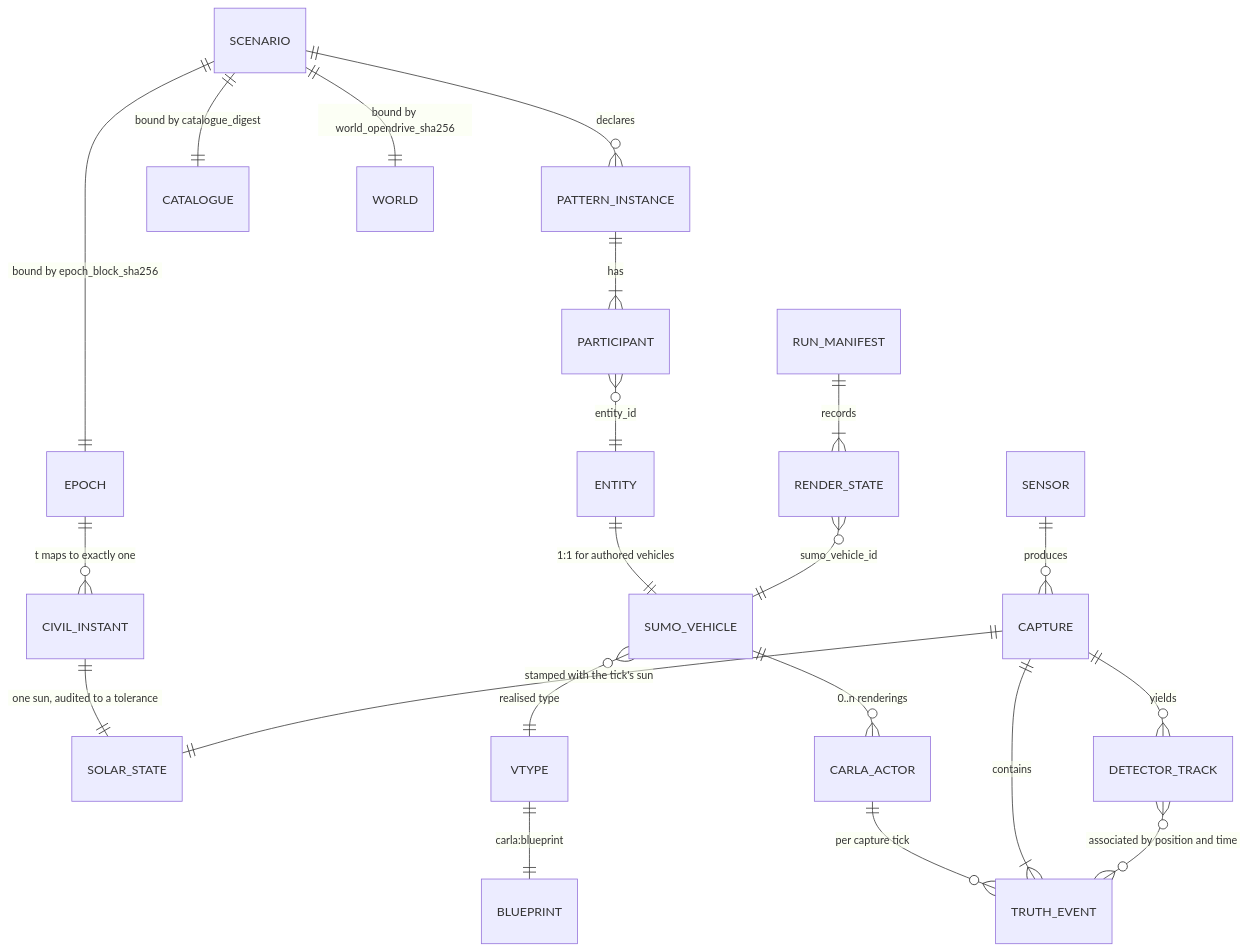
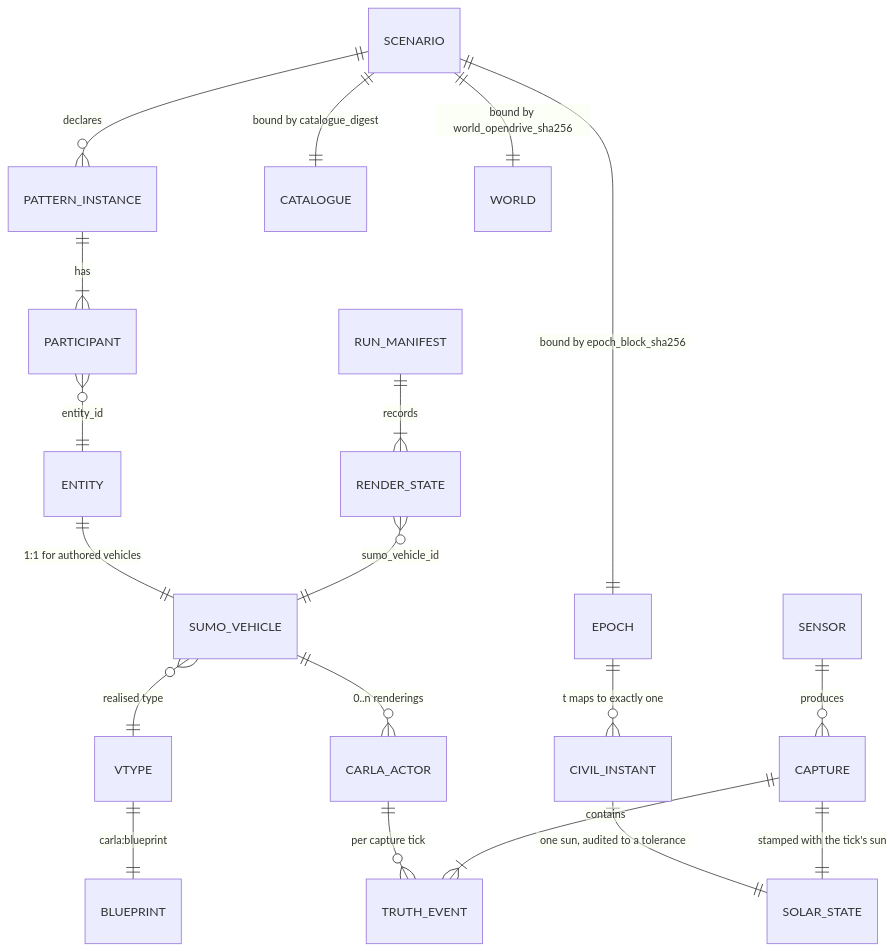
The second of 7 diagrams in Docs/CAT_Research/Plans/SUMO_Behavioral_Capture/04_Contracts.md (sbrett9/carla), drawn with Mermaid before and after one commit. The commit also changed other lines of this file and 5 other files, not shown here.

````diff
--- a/Docs/CAT_Research/Plans/SUMO_Behavioral_Capture/04_Contracts.md
+++ b/Docs/CAT_Research/Plans/SUMO_Behavioral_Capture/04_Contracts.md
@@ -1498,23 +1543,21 @@
 ```mermaid
 erDiagram
   SCENARIO ||--o{ PATTERN_INSTANCE : declares
   SCENARIO ||--|| CATALOGUE : "bound by catalogue_digest"
   SCENARIO ||--|| WORLD : "bound by world_opendrive_sha256"
   SCENARIO ||--|| EPOCH : "bound by epoch_block_sha256"
   EPOCH ||--o{ CIVIL_INSTANT : "t maps to exactly one"
   CIVIL_INSTANT ||--|| SOLAR_STATE : "one sun, audited to a tolerance"
   PATTERN_INSTANCE ||--|{ PARTICIPANT : has
   PARTICIPANT }o--|| ENTITY : "entity_id"
   ENTITY ||--|| SUMO_VEHICLE : "1:1 for authored vehicles"
   SUMO_VEHICLE }o--|| VTYPE : "realised type"
   VTYPE ||--|| BLUEPRINT : "carla:blueprint"
   SUMO_VEHICLE ||--o{ CARLA_ACTOR : "0..n renderings"
   CARLA_ACTOR ||--o{ TRUTH_EVENT : "per capture tick"
   SENSOR ||--o{ CAPTURE : produces
   CAPTURE ||--|| SOLAR_STATE : "stamped with the tick's sun"
   CAPTURE ||--|{ TRUTH_EVENT : contains
-  CAPTURE ||--o{ DETECTOR_TRACK : yields
-  DETECTOR_TRACK }o--o{ TRUTH_EVENT : "associated by position and time"
   RUN_MANIFEST ||--|{ RENDER_STATE : records
   RENDER_STATE }o--|| SUMO_VEHICLE : "sumo_vehicle_id"
 ```
````
